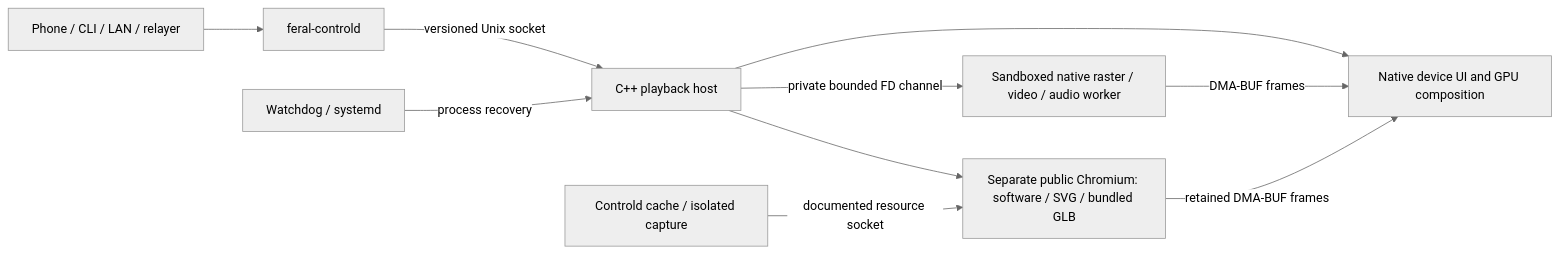
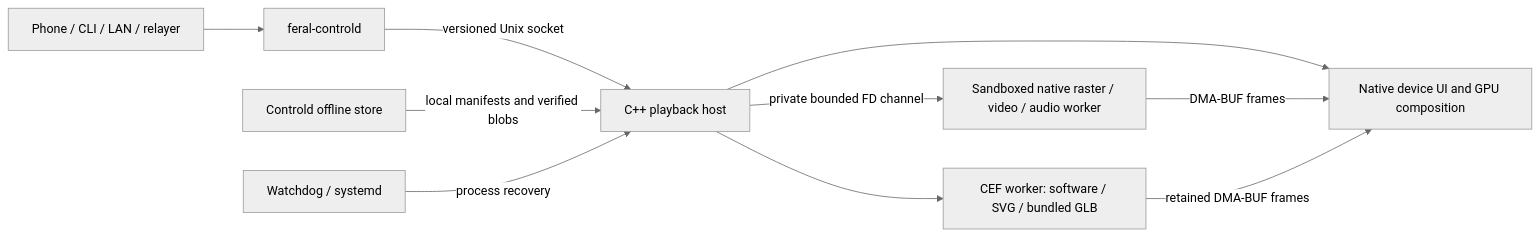
Before and after one commit to feral-file/ffos-user: the diagram in components/player/docs/ARCHITECTURE.md, drawn with Mermaid (neutral theme). The commit also changed other lines of this file and 11 other files, not shown here.

````diff
--- a/components/player/docs/ARCHITECTURE.md
+++ b/components/player/docs/ARCHITECTURE.md
@@ -7,12 +6,12 @@
 ```mermaid
 flowchart LR
   Phone[Phone / CLI / LAN / relayer] --> Control[feral-controld]
   Control -->|versioned Unix socket| Host[C++ playback host]
   Host --> UI[Native device UI and GPU composition]
-  Host --> Browser[Separate public Chromium: software / SVG / bundled GLB]
+  Host --> Browser[CEF worker: software / SVG / bundled GLB]
   Host -->|private bounded FD channel| Media[Sandboxed native raster / video / audio worker]
   Media -->|DMA-BUF frames| UI
   Browser -->|retained DMA-BUF frames| UI
-  Cache[Controld cache / isolated capture] -->|documented resource socket| Browser
+  Cache[Controld offline store] -->|local manifests and verified blobs| Host
   Watchdog[Watchdog / systemd] -->|process recovery| Host
 ```
````
